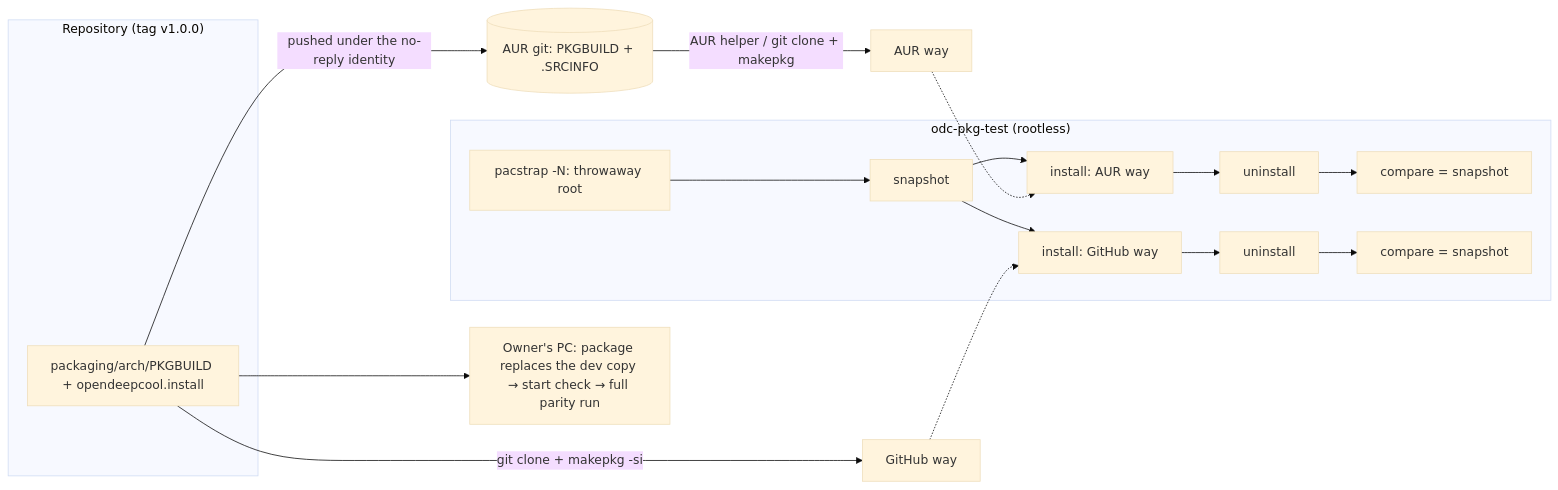
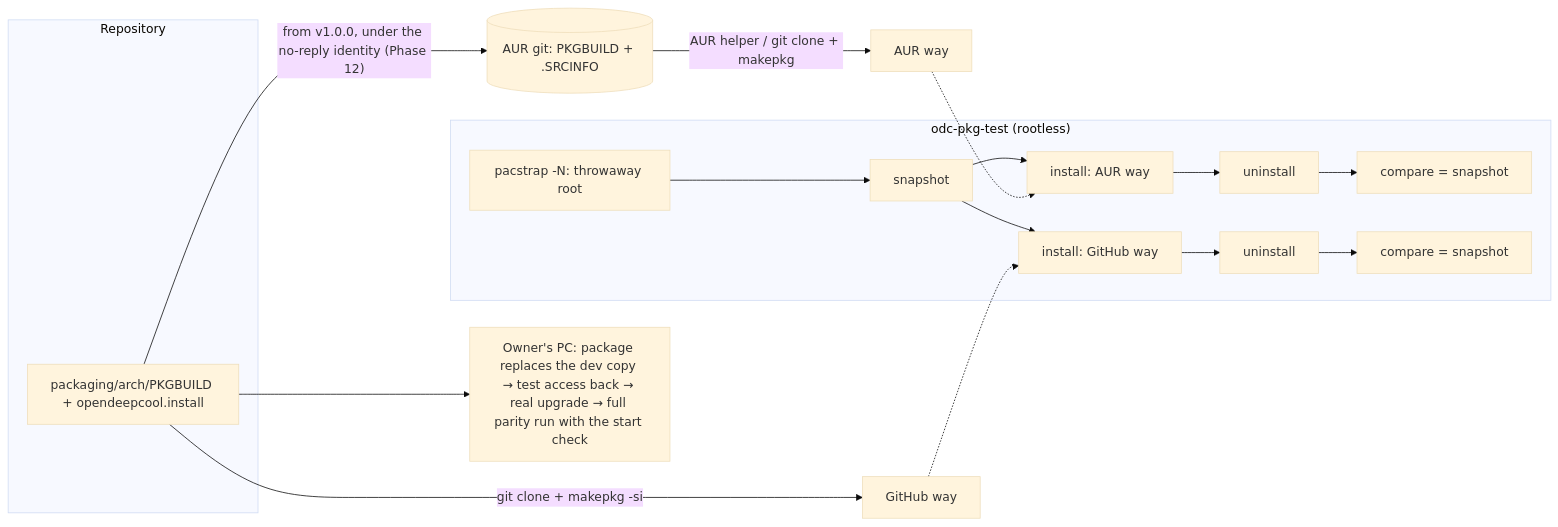
The diagram in docs/prp/plans/phase-11-packaging-final-validation.plan.md (dtmarangoni/OpenDeepCool), drawn with Mermaid (base theme) before and after one commit. The commit also changed other lines of this file and 6 other files, not shown here.

````diff
--- a/docs/prp/plans/phase-11-packaging-final-validation.plan.md
+++ b/docs/prp/plans/phase-11-packaging-final-validation.plan.md
@@ -170,17 +185,17 @@
 ```mermaid
 flowchart LR
-  subgraph repo["Repository (tag v1.0.0)"]
+  subgraph repo["Repository"]
     PB["packaging/arch/PKGBUILD + opendeepcool.install"]
   end
-  PB -->|pushed under the no-reply identity| AUR[("AUR git: PKGBUILD + .SRCINFO")]
+  PB -->|"from v1.0.0, under the no-reply identity (Phase 12)"| AUR[("AUR git: PKGBUILD + .SRCINFO")]
   PB -->|git clone + makepkg -si| GH["GitHub way"]
   AUR -->|AUR helper / git clone + makepkg| AW["AUR way"]
   subgraph test["odc-pkg-test (rootless)"]
     S["pacstrap -N: throwaway root"] --> SN["snapshot"]
     SN --> I1["install: AUR way"] --> R1["uninstall"] --> C1["compare = snapshot"]
     SN --> I2["install: GitHub way"] --> R2["uninstall"] --> C2["compare = snapshot"]
   end
   AW -.-> I1
   GH -.-> I2
-  PB --> PC["Owner's PC: package replaces the dev copy → start check → full parity run"]
+  PB --> PC["Owner's PC: package replaces the dev copy → test access back → real upgrade → full parity run with the start check"]
 ```
````
